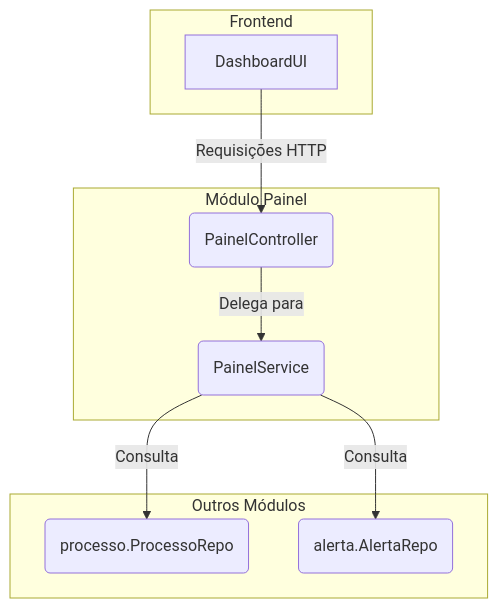
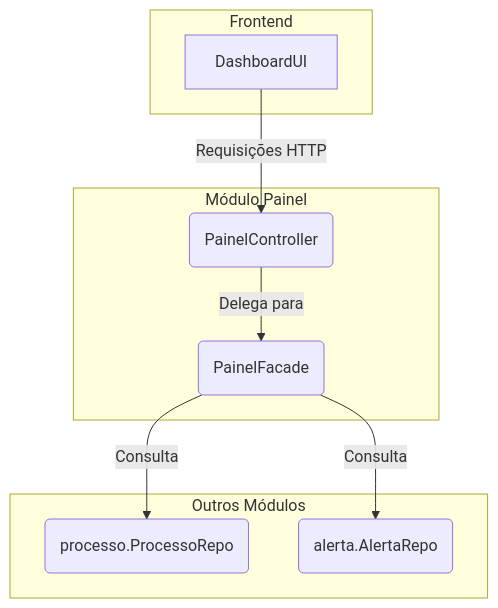
Before and after one commit to lgalvao/sgc: the diagram in backend/src/main/java/sgc/painel/README.md, drawn with Mermaid. The commit also changed other lines of this file and 8 other files, not shown here.

Commit message:
Rename RelatorioService to RelatorioFacade for architectural compliance

````diff
--- a/backend/src/main/java/sgc/painel/README.md
+++ b/backend/src/main/java/sgc/painel/README.md
@@ -14,21 +14,21 @@
 ```mermaid
 graph TD
     subgraph "Frontend"
         DashboardUI
     end
 
     subgraph "Módulo Painel"
         Controle(PainelController)
-        Service(PainelService)
+        Service(PainelFacade)
     end
 
     subgraph "Outros Módulos"
         ProcessoRepo(processo.ProcessoRepo)
         AlertaRepo(alerta.AlertaRepo)
     end
 
     DashboardUI -- Requisições HTTP --> Controle
     Controle -- Delega para --> Service
     Service -- Consulta --> ProcessoRepo
     Service -- Consulta --> AlertaRepo
 ```
````
